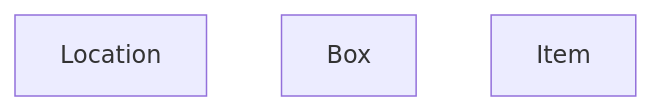
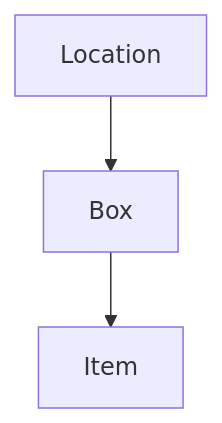
The second of 2 diagrams in README.md (Storganizer/api), drawn with Mermaid before and after one commit.

Commit message:
Graph tryout

````diff
--- a/README.md
+++ b/README.md
@@ -22,7 +22,10 @@
 ```mermaid
   graph TD;
     Location;
     Box;
     Item;
 
+    Location-->Box;
+    Box-->Item;
+
 ```
````
